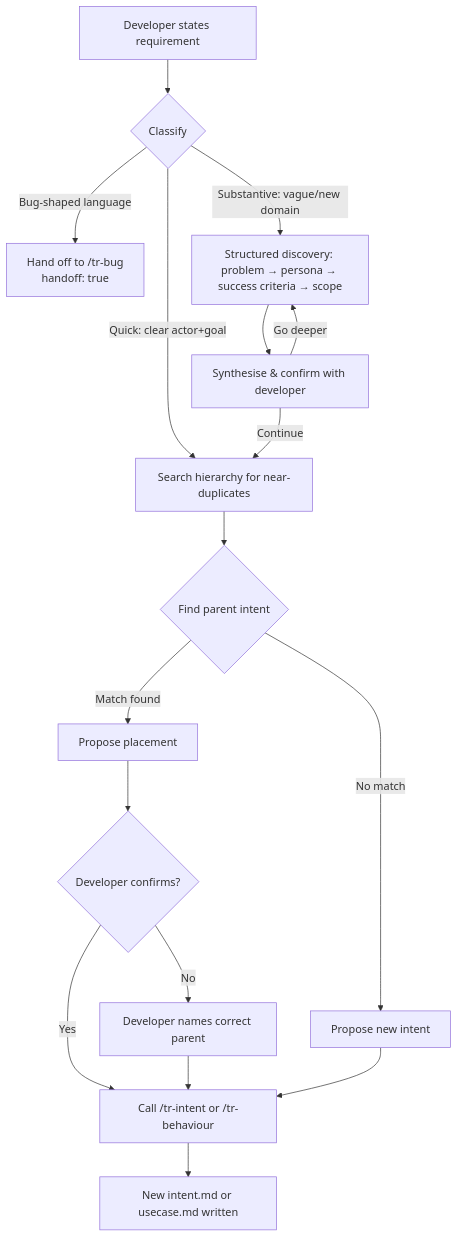
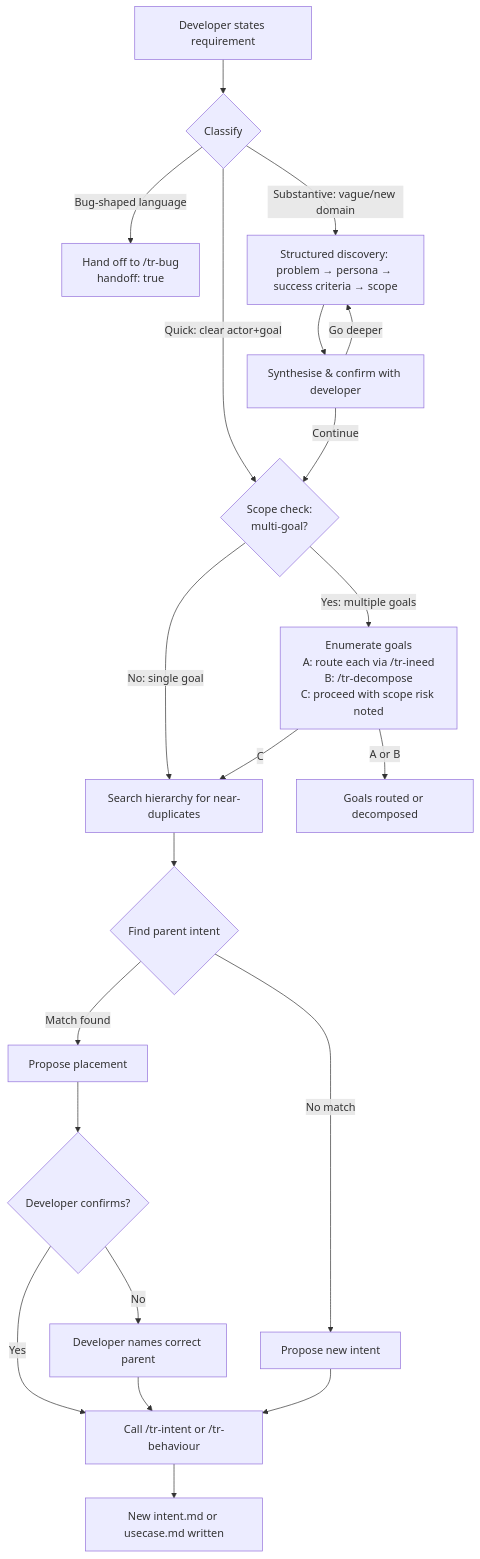
One commit to imix/taproot changed the diagram in taproot/specs/human-integration/route-requirement/usecase.md. Above: the diagram before and after it, drawn with Mermaid. The commit also changed other lines of this file and 1 other file, not shown here.

Commit message:
spec(human-integration/route-requirement): add scope-split gate for multi-goal descriptions

````diff
--- a/taproot/specs/human-integration/route-requirement/usecase.md
+++ b/taproot/specs/human-integration/route-requirement/usecase.md
@@ -130,18 +148,22 @@
 ```mermaid
 flowchart TD
     A[Developer states requirement] --> B{Classify}
     B -- Bug-shaped language --> BUG[Hand off to /tr-bug\nhandoff: true]
-    B -- Quick: clear actor+goal --> C[Search hierarchy for near-duplicates]
+    B -- Quick: clear actor+goal --> SC{Scope check:\nmulti-goal?}
     B -- Substantive: vague/new domain --> D[Structured discovery: problem → persona → success criteria → scope]
     D --> E[Synthesise & confirm with developer]
     E -- Go deeper --> D
-    E -- Continue --> C
+    E -- Continue --> SC
+    SC -- Yes: multiple goals --> SPLIT[Enumerate goals\nA: route each via /tr-ineed\nB: /tr-decompose\nC: proceed with scope risk noted]
+    SC -- No: single goal --> C[Search hierarchy for near-duplicates]
+    SPLIT -- A or B --> DONE[Goals routed or decomposed]
+    SPLIT -- C --> C
     C --> F{Find parent intent}
     F -- Match found --> G[Propose placement]
     F -- No match --> H[Propose new intent]
     G --> I{Developer confirms?}
     I -- Yes --> J[Call /tr-intent or /tr-behaviour]
     I -- No --> K[Developer names correct parent] --> J
     H --> J
     J --> L[New intent.md or usecase.md written]
 ```
````
